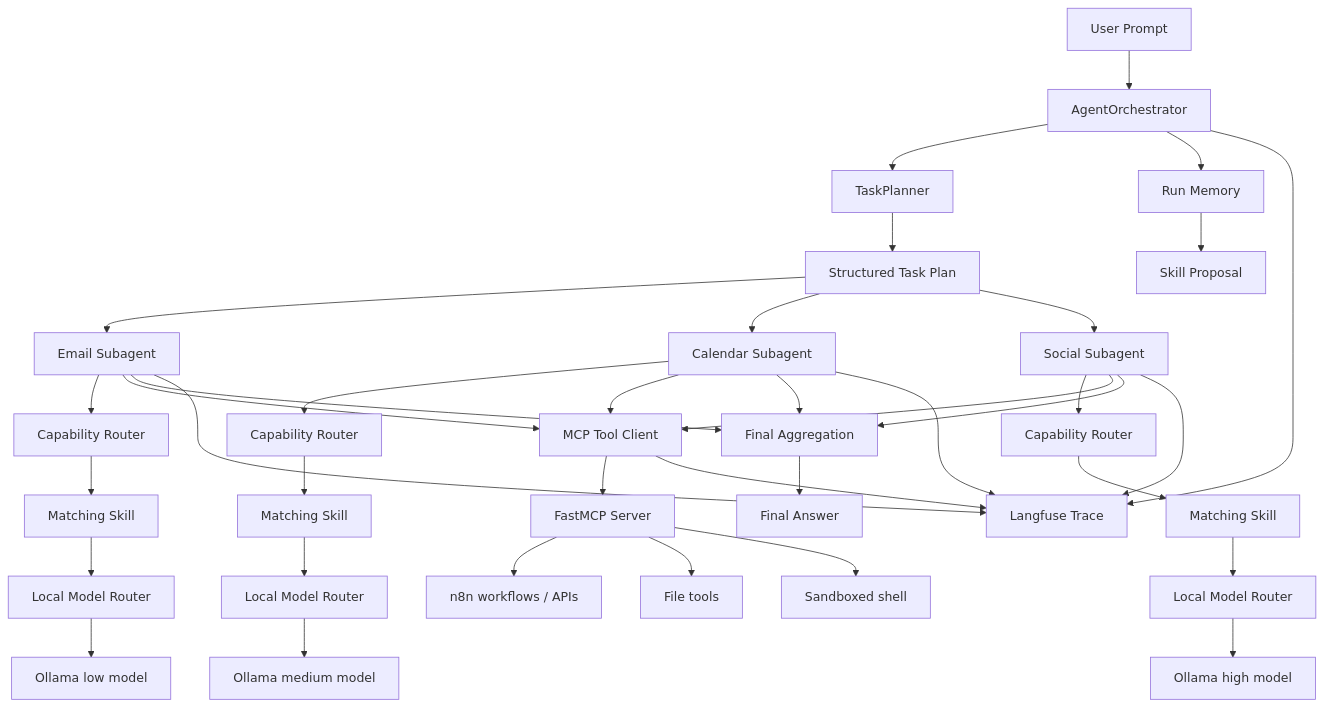
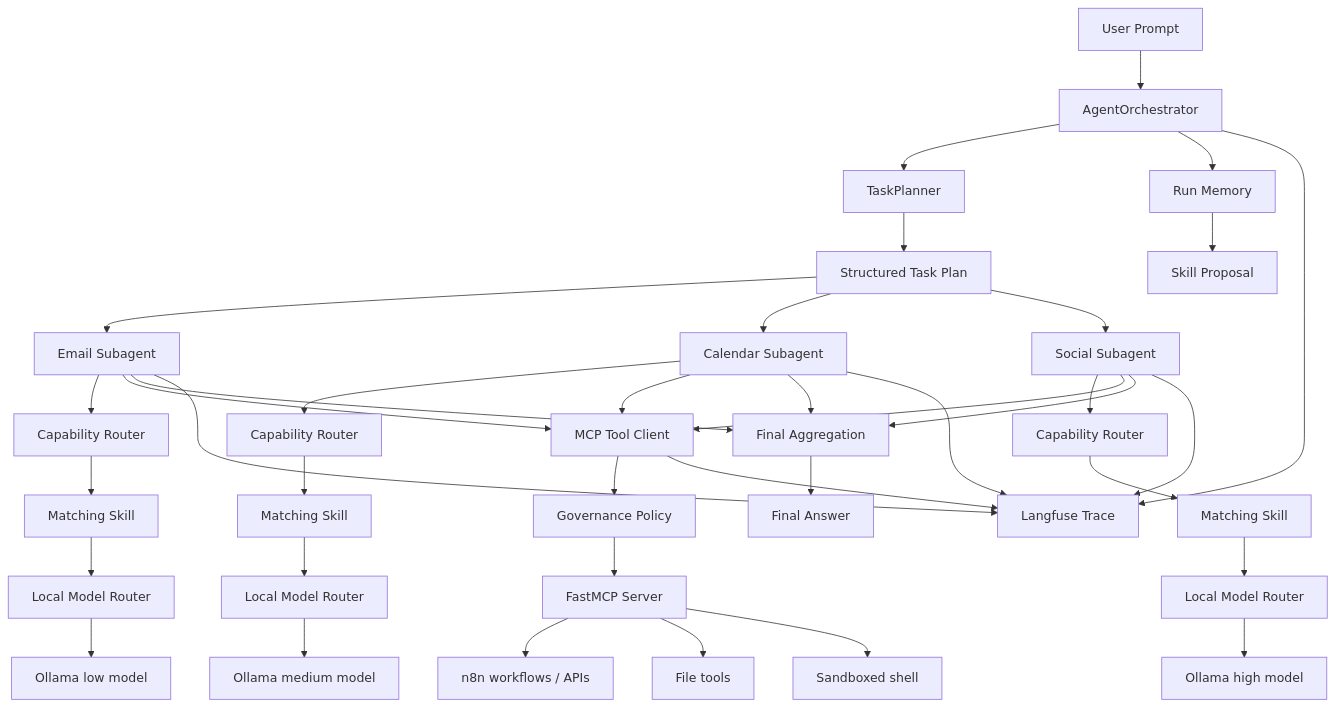
Before and after one commit to adityas2410/ReAct_Agent: the diagram in README.md, drawn with Mermaid. The commit also changed other lines of this file, not shown here.

Commit message:
Document governance and sandbox controls

````diff
--- a/README.md
+++ b/README.md
@@ -34,49 +34,50 @@
 ```mermaid
 flowchart TD
     U[User Prompt] --> O[AgentOrchestrator]
     O --> P[TaskPlanner]
     P --> T[Structured Task Plan]
 
     T --> SA1[Email Subagent]
     T --> SA2[Calendar Subagent]
     T --> SA3[Social Subagent]
 
     SA1 --> CR1[Capability Router]
     SA2 --> CR2[Capability Router]
     SA3 --> CR3[Capability Router]
 
     CR1 --> SK1[Matching Skill]
     CR2 --> SK2[Matching Skill]
     CR3 --> SK3[Matching Skill]
 
     SK1 --> MR1[Local Model Router]
     SK2 --> MR2[Local Model Router]
     SK3 --> MR3[Local Model Router]
 
     MR1 --> OL1[Ollama low model]
     MR2 --> OL2[Ollama medium model]
     MR3 --> OL3[Ollama high model]
 
     SA1 --> MCP[MCP Tool Client]
     SA2 --> MCP
     SA3 --> MCP
 
-    MCP --> MS[FastMCP Server]
+    MCP --> GOV[Governance Policy]
+    GOV --> MS[FastMCP Server]
     MS --> N8N[n8n workflows / APIs]
     MS --> FS[File tools]
     MS --> SH[Sandboxed shell]
 
     SA1 --> AGG[Final Aggregation]
     SA2 --> AGG
     SA3 --> AGG
     AGG --> OUT[Final Answer]
 
     O --> MEM[Run Memory]
     MEM --> PROP[Skill Proposal]
 
     O --> LF[Langfuse Trace]
     SA1 --> LF
     SA2 --> LF
     SA3 --> LF
     MCP --> LF
 ```
````
